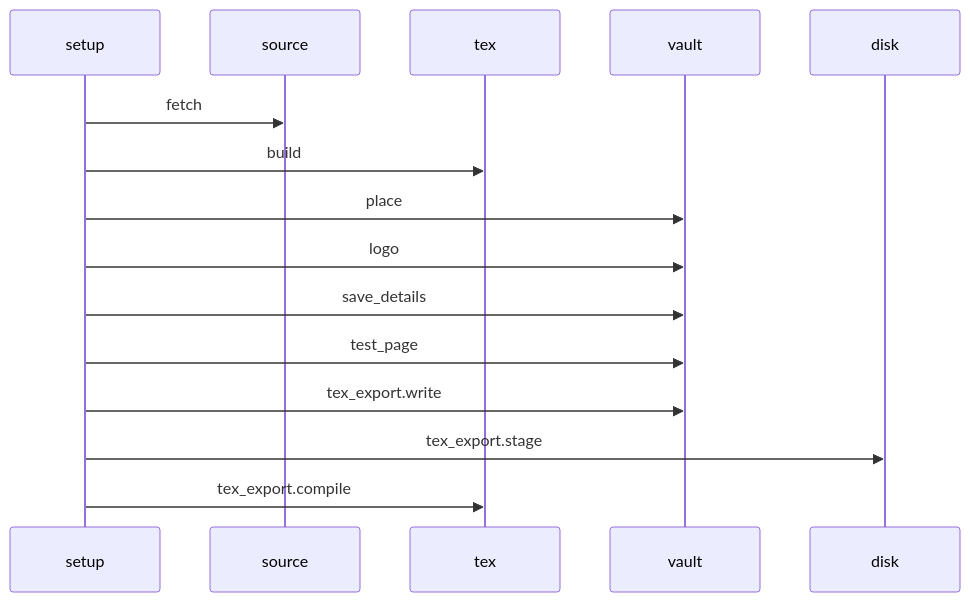
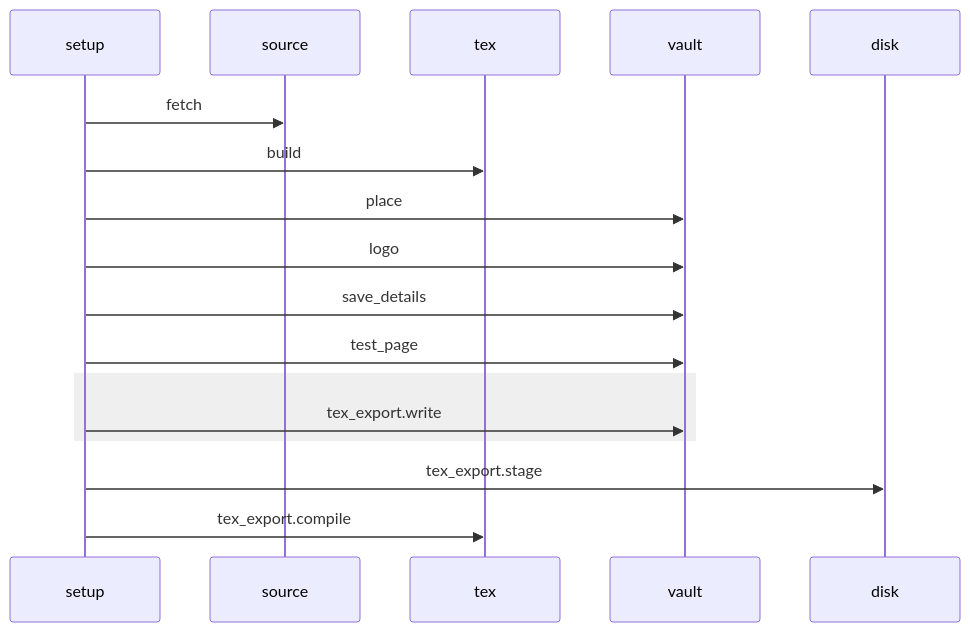
Before and after one commit to rabalyn/shale: the diagram in docs/dataflow/tex-setup.md, drawn with Mermaid. The commit also changed 10 other files, not shown here.

````diff
--- a/docs/dataflow/tex-setup.md
+++ b/docs/dataflow/tex-setup.md
@@ -8,17 +8,19 @@
 ```mermaid
 sequenceDiagram
     participant setup
     participant source
     participant tex
     participant vault
     participant disk
     setup->>source: fetch
     setup->>tex: build
     setup->>vault: place
     setup->>vault: logo
     setup->>vault: save_details
     setup->>vault: test_page
-    setup->>vault: tex_export.write
+    rect rgba(127, 127, 127, 0.12)
+        setup->>vault: tex_export.write
+    end
     setup->>disk: tex_export.stage
     setup->>tex: tex_export.compile
 ```
````
